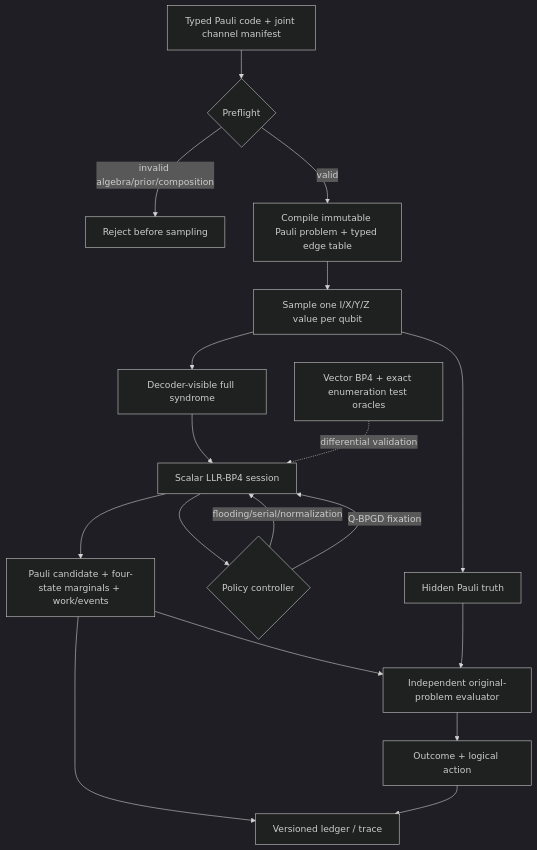
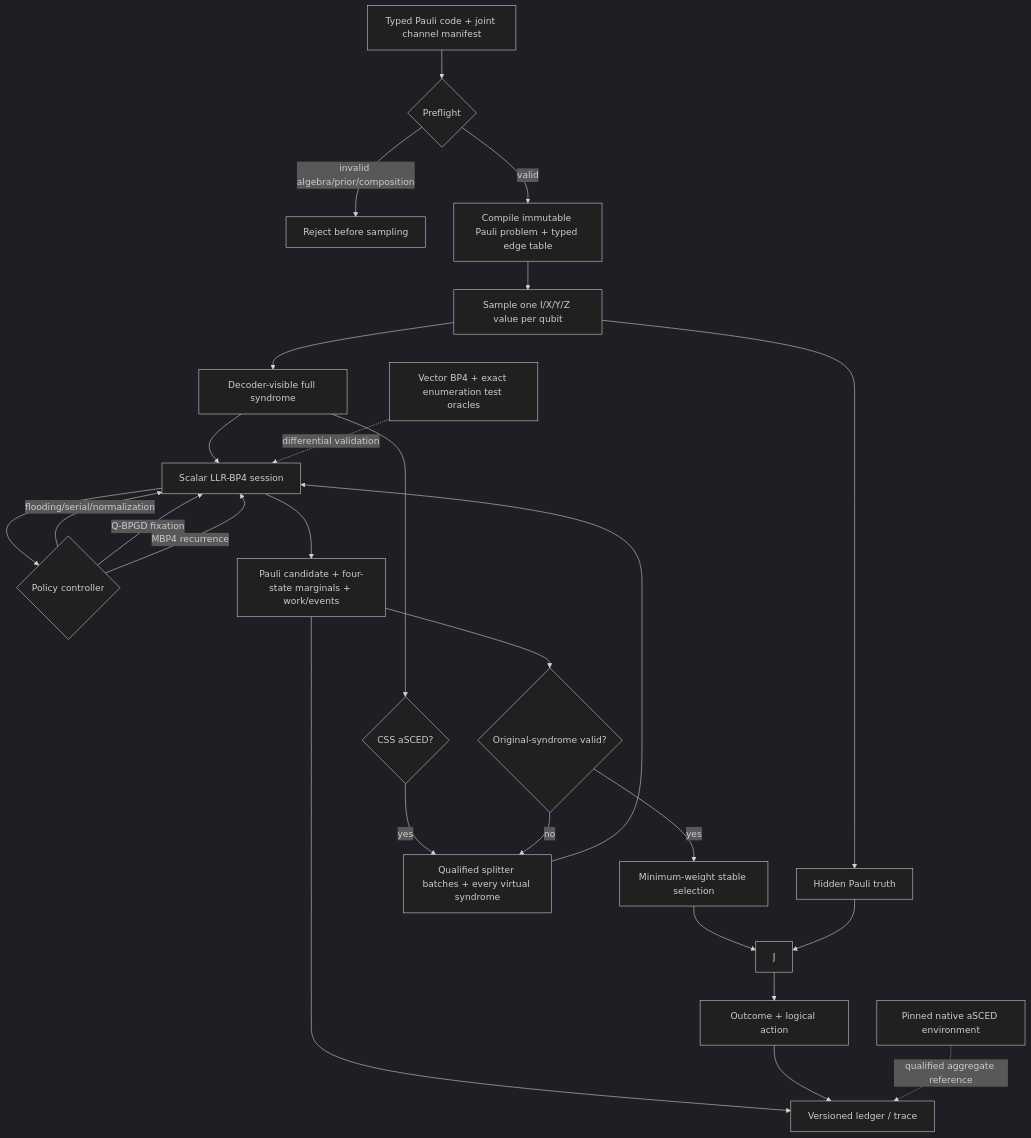
The diagram in .planning/phases/10-correlated-quaternary-execution/10-RESEARCH.md (mertgkduman/survey_bp), drawn with Mermaid (dark theme) before and after one commit. The commit also changed other lines of this file, not shown here.

````diff
--- a/.planning/phases/10-correlated-quaternary-execution/10-RESEARCH.md
+++ b/.planning/phases/10-correlated-quaternary-execution/10-RESEARCH.md
@@ -248,20 +354,28 @@
 ```mermaid
 flowchart TD
     A[Typed Pauli code + joint channel manifest] --> B{Preflight}
     B -->|invalid algebra/prior/composition| X[Reject before sampling]
     B -->|valid| C[Compile immutable Pauli problem + typed edge table]
     C --> D[Sample one I/X/Y/Z value per qubit]
     D --> E[Decoder-visible full syndrome]
     D --> F[Hidden Pauli truth]
     E --> G[Scalar LLR-BP4 session]
     G --> H{Policy controller}
     H -->|flooding/serial/normalization| G
     H -->|Q-BPGD fixation| G
+    H -->|MBP4 recurrence| G
+    E --> Q{CSS aSCED?}
+    Q -->|yes| R[Qualified splitter batches + every virtual syndrome]
+    R --> G
     G --> I[Pauli candidate + four-state marginals + work/events]
-    I --> J[Independent original-problem evaluator]
+    I --> S{Original-syndrome valid?}
+    S -->|yes| T[Minimum-weight stable selection]
+    T --> J
+    S -->|no| R
     F --> J
     J --> K[Outcome + logical action]
     I --> L[Versioned ledger / trace]
     K --> L
     M[Vector BP4 + exact enumeration test oracles] -. differential validation .-> G
+    N[Pinned native aSCED environment] -. qualified aggregate reference .-> L
 ```
````
